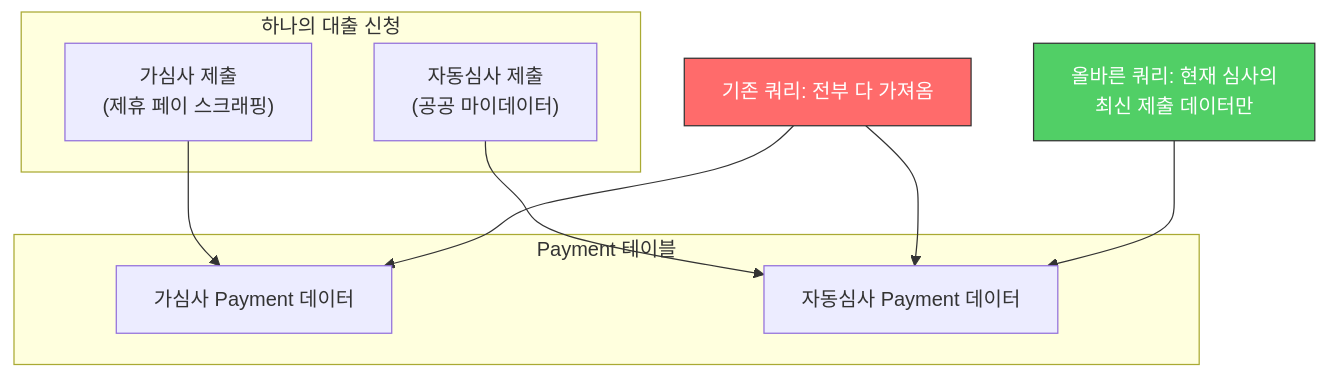
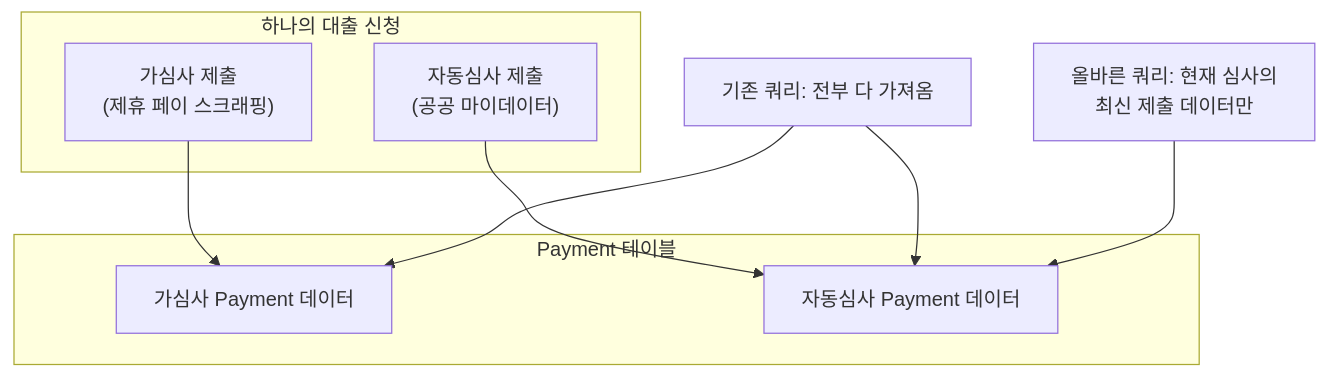
The second of 3 diagrams in _posts/2025-11-21-python-dict-변환의-함정-금융-데이터-집계-버그.md (Gyubster/til), drawn with Mermaid before and after one commit. The commit also changed other lines of this file and 13 other files, not shown here.

Commit message:
Mermaid 렌더링 수정: subgraph style 명령 제거

````diff
--- a/_posts/2025-11-21-python-dict-변환의-함정-금융-데이터-집계-버그.md
+++ b/_posts/2025-11-21-python-dict-변환의-함정-금융-데이터-집계-버그.md
@@ -75,19 +74,17 @@
 ```mermaid
 flowchart TD
     subgraph da["하나의 대출 신청"]
         A["가심사 제출<br>(제휴 페이 스크래핑)"]
         B["자동심사 제출<br>(공공 마이데이터)"]
     end
     subgraph payments["Payment 테이블"]
         C["가심사 Payment 데이터"]
         D["자동심사 Payment 데이터"]
     end
     A --> C
     B --> D
     
     E["기존 쿼리: 전부 다 가져옴"] --> C
     E --> D
     F["올바른 쿼리: 현재 심사의<br>최신 제출 데이터만"] --> D
-    style E fill:#ff6b6b,stroke:#333,color:#fff
-    style F fill:#51cf66,stroke:#333,color:#fff
 ```
````
